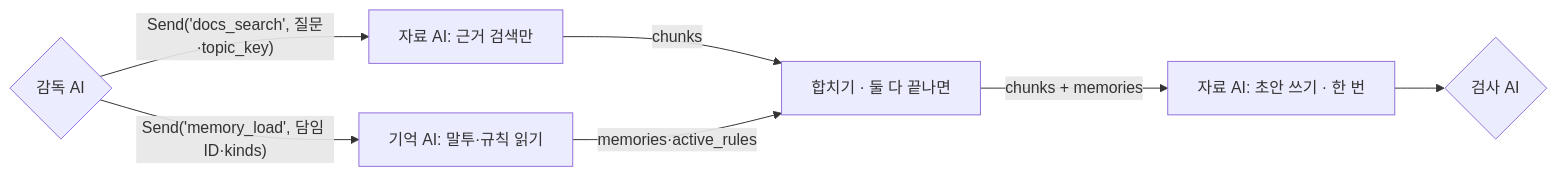
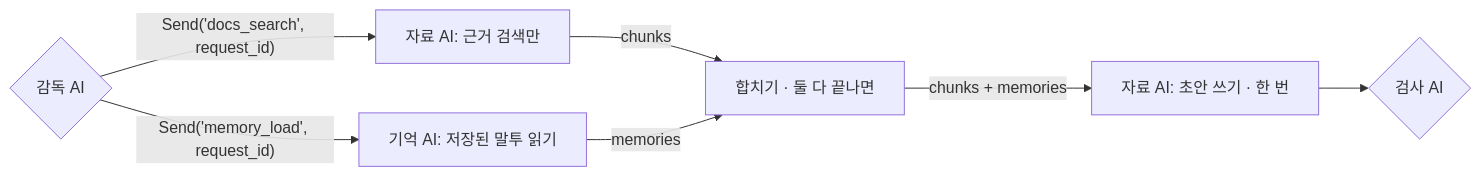
One commit to aio-final-2team/FinalProject_2Team changed the third of 5 diagrams in Docs/Step3/T47_멀티에이전트_협업_아키텍처_설계서.md. Above: the diagram before and after it, drawn with Mermaid. The commit also changed other lines of this file, not shown here.

Commit message:
docs: sync T47 architecture with current develop

````diff
--- a/Docs/Step3/T47_멀티에이전트_협업_아키텍처_설계서.md
+++ b/Docs/Step3/T47_멀티에이전트_협업_아키텍처_설계서.md
@@ -204,9 +215,9 @@
 ```mermaid
 flowchart LR
-    SUP{감독 AI} -->|"Send('docs_search', 질문·topic_key)"| DS[자료 AI: 근거 검색만]
-    SUP -->|"Send('memory_load', 담임 ID·kinds)"| MT[기억 AI: 말투·규칙 읽기]
+    SUP{감독 AI} -->|"Send('docs_search', request_id)"| DS[자료 AI: 근거 검색만]
+    SUP -->|"Send('memory_load', request_id)"| MT[기억 AI: 저장된 말투 읽기]
     DS -->|chunks| JN[합치기 · 둘 다 끝나면]
-    MT -->|memories·active_rules| JN
+    MT -->|memories| JN
     JN -->|chunks + memories| W[자료 AI: 초안 쓰기 · 한 번]
     W --> CK{검사 AI}
 ```
````
